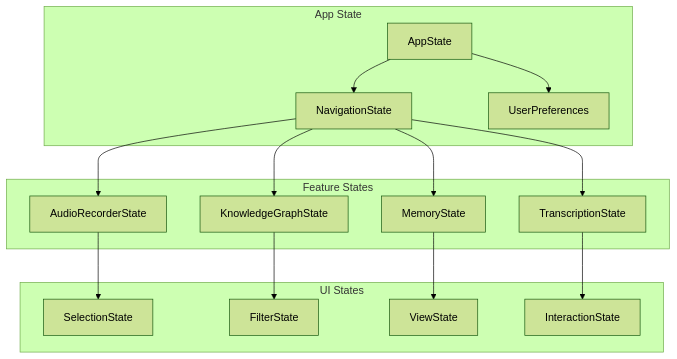
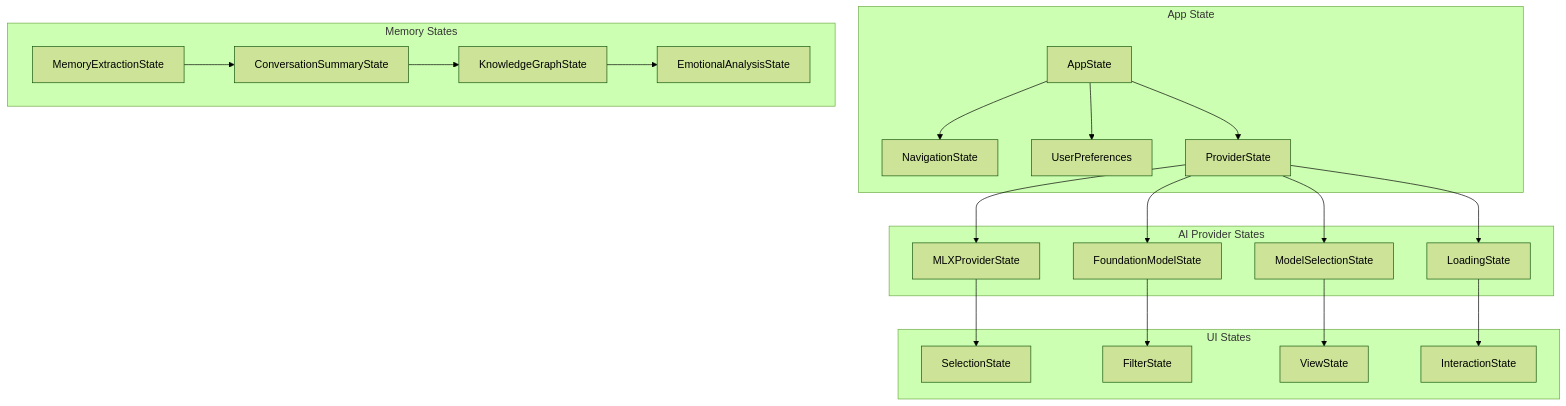
Before and after one commit to likesjx/ProjectOne: the sixth of 6 diagrams in docs/architecture/SYSTEM_ARCHITECTURE_OVERVIEW.md, drawn with Mermaid (forest theme). The commit also changed other lines of this file and 19 other files, not shown here.

````diff
--- a/docs/architecture/SYSTEM_ARCHITECTURE_OVERVIEW.md
+++ b/docs/architecture/SYSTEM_ARCHITECTURE_OVERVIEW.md
@@ -315,35 +390,48 @@
 ```mermaid
 graph TB
     subgraph "App State"
         AS[AppState]
         NS[NavigationState]
-        US[UserPreferences]
+        UP[UserPreferences]
+        PS[ProviderState]
     end
     
-    subgraph "Feature States"
-        AR[AudioRecorderState]
+    subgraph "AI Provider States"
+        MLXS[MLXProviderState]
+        AFMS[FoundationModelState]
+        MS[ModelSelectionState]
+        LS[LoadingState]
+    end
+    
+    subgraph "Memory States"
+        MES[MemoryExtractionState]
+        CSS[ConversationSummaryState]
         KGS[KnowledgeGraphState]
-        MS[MemoryState]
-        TS[TranscriptionState]
+        EAS[EmotionalAnalysisState]
     end
     
     subgraph "UI States"
         SS[SelectionState]
         FS[FilterState]
         VS[ViewState]
         IS[InteractionState]
     end
     
     AS --> NS
-    AS --> US
+    AS --> UP
+    AS --> PS
     
-    NS --> AR
-    NS --> KGS
-    NS --> MS
-    NS --> TS
+    PS --> MLXS
+    PS --> AFMS
+    PS --> MS
+    PS --> LS
     
-    AR --> SS
-    KGS --> FS
+    MES --> CSS
+    CSS --> KGS
+    KGS --> EAS
+    
+    MLXS --> SS
+    AFMS --> FS
     MS --> VS
-    TS --> IS
+    LS --> IS
 ```
````
